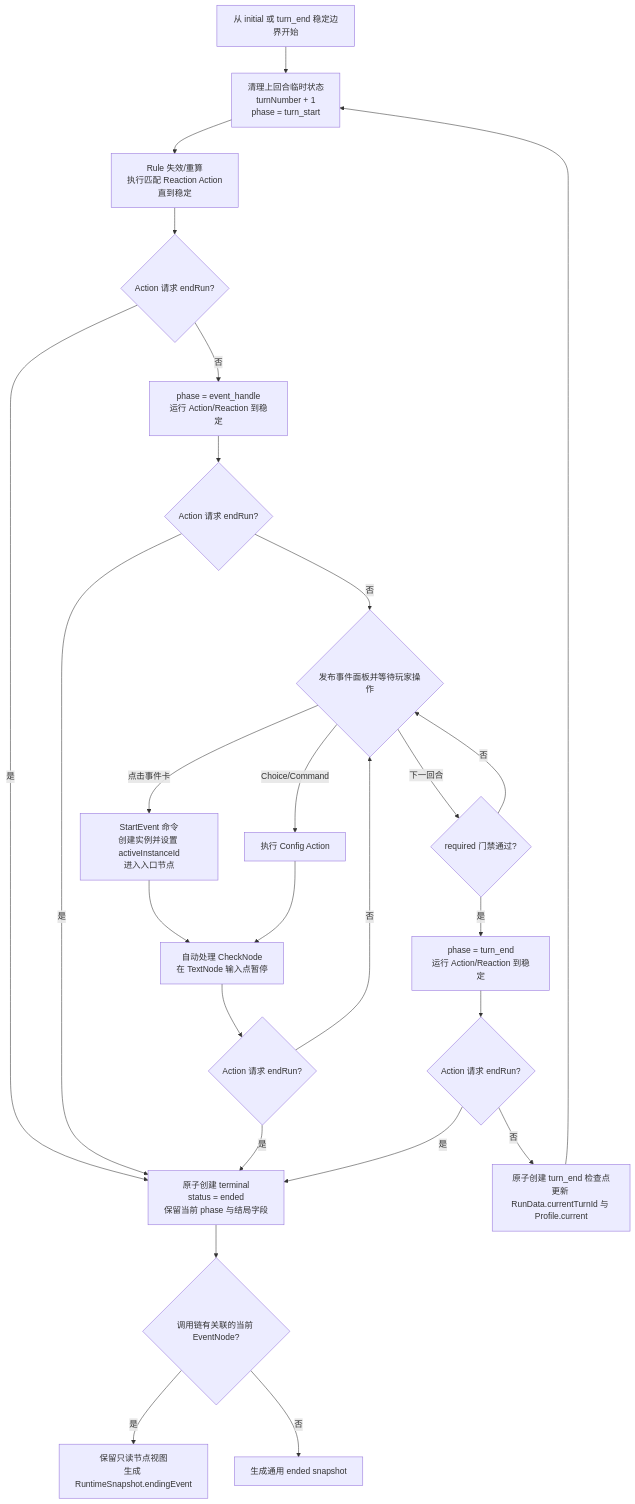
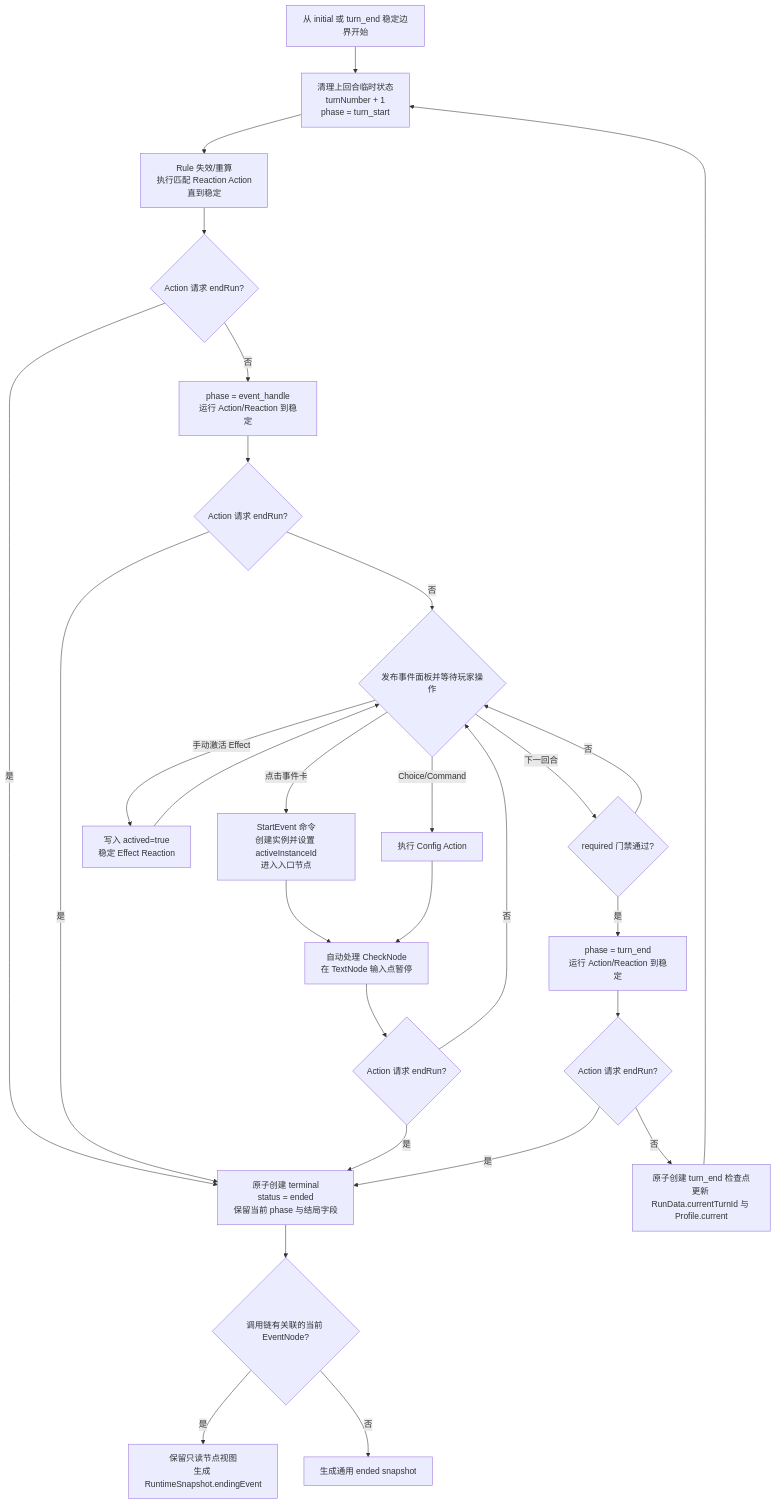
One commit to IanYet/maker-simulator changed the diagram in docs/game-design/gameplay-runtime-flow.md. Above: the diagram before and after it, drawn with Mermaid. The commit also changed other lines of this file and 19 other files, not shown here.

````diff
--- a/docs/game-design/gameplay-runtime-flow.md
+++ b/docs/game-design/gameplay-runtime-flow.md
@@ -263,28 +267,30 @@
 ```mermaid
 flowchart TD
     A[从 initial 或 turn_end 稳定边界开始] --> B[清理上回合临时状态<br/>turnNumber + 1<br/>phase = turn_start]
     B --> C[Rule 失效/重算<br/>执行匹配 Reaction Action<br/>直到稳定]
     C --> D{Action 请求 endRun?}
     D -- 是 --> Z[原子创建 terminal<br/>status = ended<br/>保留当前 phase 与结局字段]
     D -- 否 --> E[phase = event_handle<br/>运行 Action/Reaction 到稳定]
     E --> E2{Action 请求 endRun?}
     E2 -- 是 --> Z
     E2 -- 否 --> F{发布事件面板并等待玩家操作}
     F -- 点击事件卡 --> G[StartEvent 命令<br/>创建实例并设置 activeInstanceId<br/>进入入口节点]
     F -- Choice/Command --> H[执行 Config Action]
+    F -- 手动激活 Effect --> H2[写入 actived=true<br/>稳定 Effect Reaction]
+    H2 --> F
     F -- 下一回合 --> I{required 门禁通过?}
     I -- 否 --> F
     I -- 是 --> J[phase = turn_end<br/>运行 Action/Reaction 到稳定]
     G --> K[自动处理 CheckNode<br/>在 TextNode 输入点暂停]
     H --> K
     K --> L{Action 请求 endRun?}
     L -- 是 --> Z
     L -- 否 --> F
     J --> M{Action 请求 endRun?}
     M -- 是 --> Z
     M -- 否 --> N[原子创建 turn_end 检查点<br/>更新 RunData.currentTurnId 与 Profile.current]
     N --> B
     Z --> O{调用链有关联的当前 EventNode?}
     O -- 是 --> P[保留只读节点视图<br/>生成 RuntimeSnapshot.endingEvent]
     O -- 否 --> Q[生成通用 ended snapshot]
 ```
````
